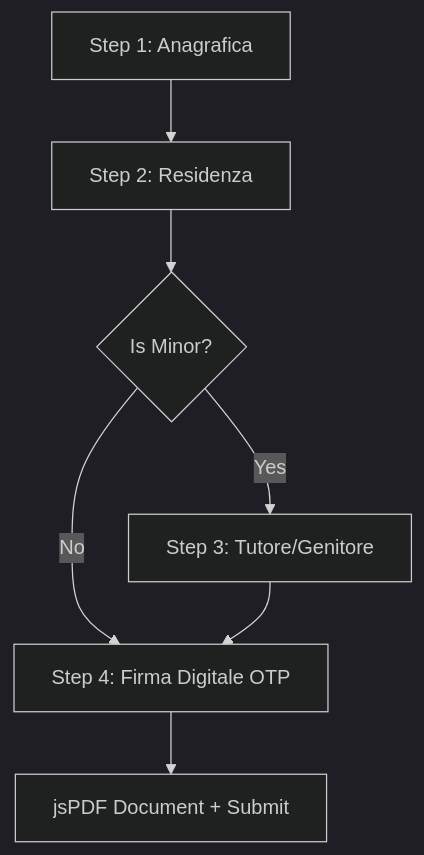
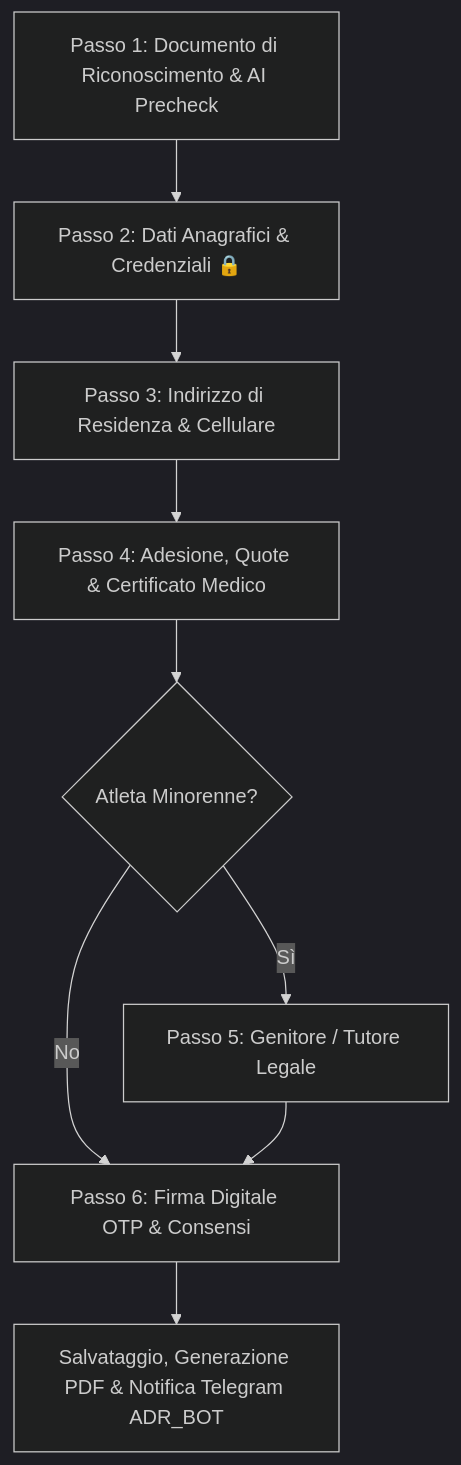
The diagram in wiki/registration_flow.md (Nex-777/ADR_SITO), drawn with Mermaid (dark theme) before and after one commit. The commit also changed other lines of this file and 29 other files, not shown here.

Commit message:
feat(registrazione): doc ID al passo 1 con autofill AI anagrafica, sblocco auditabile e notifica Telegram ADR_BOT (v1.06.08)

````diff
--- a/wiki/registration_flow.md
+++ b/wiki/registration_flow.md
@@ -9,9 +9,11 @@
 ```mermaid
 graph TD
-    S1[Step 1: Anagrafica] --> S2[Step 2: Residenza]
-    S2 --> S3{Is Minor?}
-    S3 -- Yes --> S4[Step 3: Tutore/Genitore]
-    S3 -- No --> S5[Step 4: Firma Digitale OTP]
-    S4 --> S5
-    S5 --> S6[jsPDF Document + Submit]
+    S1[Passo 1: Documento di Riconoscimento & AI Precheck] --> S2[Passo 2: Dati Anagrafici & Credenziali 🔒]
+    S2 --> S3[Passo 3: Indirizzo di Residenza & Cellulare]
+    S3 --> S4[Passo 4: Adesione, Quote & Certificato Medico]
+    S4 --> S5{Atleta Minorenne?}
+    S5 -- Sì --> S6[Passo 5: Genitore / Tutore Legale]
+    S5 -- No --> S7[Passo 6: Firma Digitale OTP & Consensi]
+    S6 --> S7
+    S7 --> S8[Salvataggio, Generazione PDF & Notifica Telegram ADR_BOT]
 ```
````
